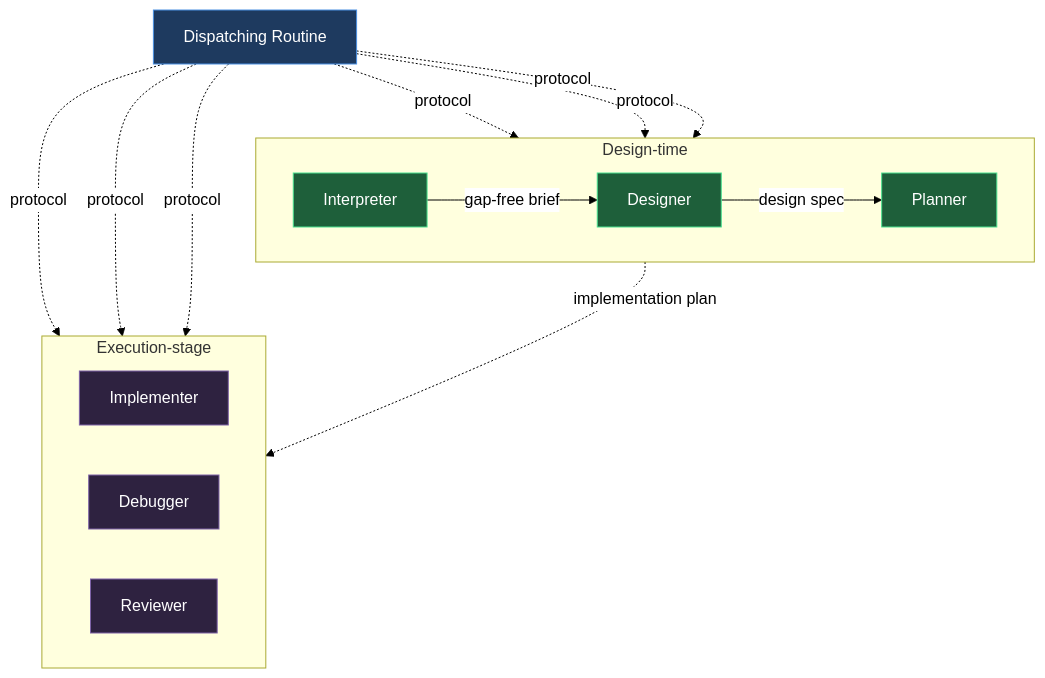
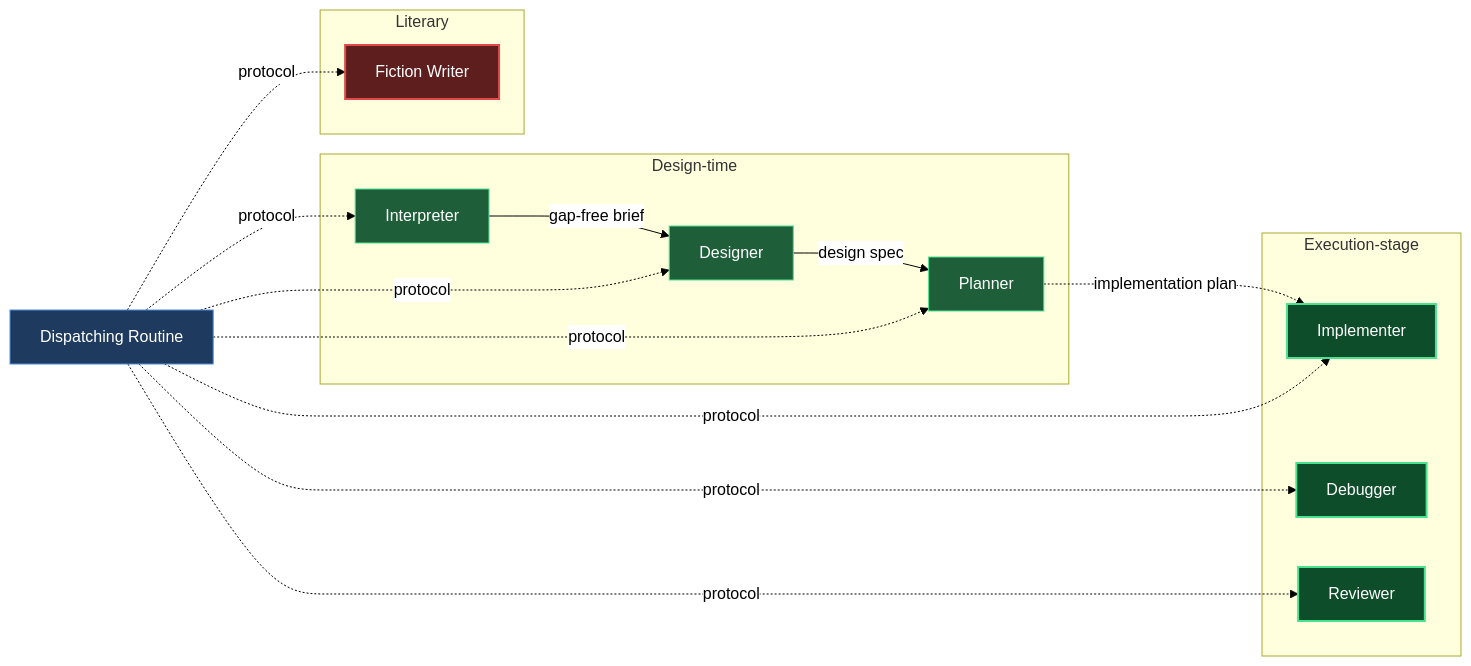
The diagram in claude/lazycortex-experts/help/agents.md (mebius-san/lazy-cortex), drawn with Mermaid before and after one commit. The commit also changed other lines of this file and 63 other files, not shown here.

````diff
--- a/claude/lazycortex-experts/help/agents.md
+++ b/claude/lazycortex-experts/help/agents.md
@@ -55,43 +60,47 @@
 ```mermaid
 %%{init: {'themeVariables':{'background':'transparent','lineColor':'#000','textColor':'#000','edgeLabelBackground':'#fff'},'themeCSS':'.edgeLabel{background-color:transparent!important}.edgeLabel p{background-color:transparent!important}','flowchart':{'diagramPadding':5,'useMaxWidth':true}}}%%
-flowchart TD
+flowchart LR
   dispatchingRoutine[Dispatching Routine]
 
-  subgraph designTime["Design-time"]
-    direction LR
+  subgraph designTime [Design-time]
     interpreter[Interpreter]
     designer[Designer]
     planner[Planner]
   end
 
-  subgraph executionStage["Execution-stage"]
-    direction LR
+  subgraph executionStage [Execution-stage]
     implementer[Implementer]
     debugger[Debugger]
     reviewer[Reviewer]
   end
 
+  subgraph literary [Literary]
+    fictionWriter[Fiction Writer]
+  end
+
   interpreter -->|gap-free brief| designer
   designer -->|design spec| planner
+  planner -.->|implementation plan| implementer
 
   dispatchingRoutine -.->|protocol| interpreter
   dispatchingRoutine -.->|protocol| designer
   dispatchingRoutine -.->|protocol| planner
   dispatchingRoutine -.->|protocol| implementer
   dispatchingRoutine -.->|protocol| debugger
   dispatchingRoutine -.->|protocol| reviewer
-
-  planner -.->|implementation plan| implementer
+  dispatchingRoutine -.->|protocol| fictionWriter
 
   classDef entry fill:#1e3a5f,stroke:#4a90e2,color:#fff
   classDef action fill:#1e5f3a,stroke:#4ae290,color:#fff
-  classDef sub fill:#2e2240,stroke:#7e63a8,color:#fff
+  classDef success fill:#0d4d2a,stroke:#4ae290,color:#fff,stroke-width:2px
+  classDef error fill:#5f1e1e,stroke:#e24a4a,color:#fff,stroke-width:2px
 
   class dispatchingRoutine entry
   class interpreter action
   class designer action
   class planner action
-  class implementer sub
-  class debugger sub
-  class reviewer sub
+  class implementer success
+  class debugger success
+  class reviewer success
+  class fictionWriter error
 ```
````
